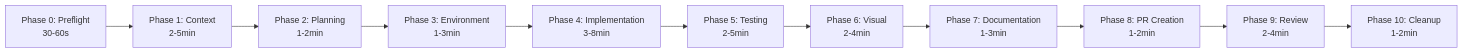
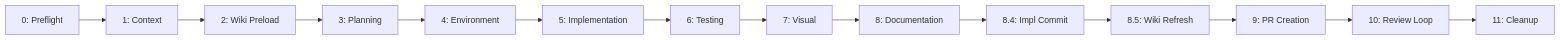
The diagram in website/docs/workflows/implement-ticket.md (sosagraviel/hincha-cup), drawn with Mermaid before and after one commit. The commit also changed other lines of this file and 16 other files, not shown here.

````diff
--- a/website/docs/workflows/implement-ticket.md
+++ b/website/docs/workflows/implement-ticket.md
@@ -88,13 +89,16 @@
 ```mermaid
 graph LR
-    A[Phase 0: Preflight<br/>30-60s] --> B[Phase 1: Context<br/>2-5min]
-    B --> C[Phase 2: Planning<br/>1-2min]
-    C --> D[Phase 3: Environment<br/>1-3min]
-    D --> E[Phase 4: Implementation<br/>3-8min]
-    E --> F[Phase 5: Testing<br/>2-5min]
-    F --> G[Phase 6: Visual<br/>2-4min]
-    G --> H[Phase 7: Documentation<br/>1-3min]
-    H --> I[Phase 8: PR Creation<br/>1-2min]
-    I --> J[Phase 9: Review<br/>2-4min]
-    J --> K[Phase 10: Cleanup<br/>1-2min]
+    P0[0: Preflight] --> P1[1: Context]
+    P1 --> P2[2: Wiki Preload]
+    P2 --> P3[3: Planning]
+    P3 --> P4[4: Environment]
+    P4 --> P5[5: Implementation]
+    P5 --> P6[6: Testing]
+    P6 --> P7[7: Visual]
+    P7 --> P8[8: Documentation]
+    P8 --> P84[8.4: Impl Commit]
+    P84 --> P85[8.5: Wiki Refresh]
+    P85 --> P9[9: PR Creation]
+    P9 --> P10[10: Review Loop]
+    P10 --> P11[11: Cleanup]
 ```
````
